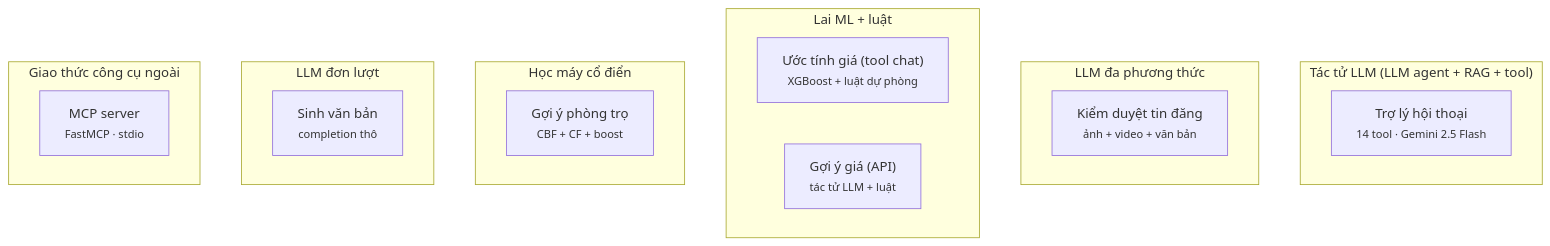
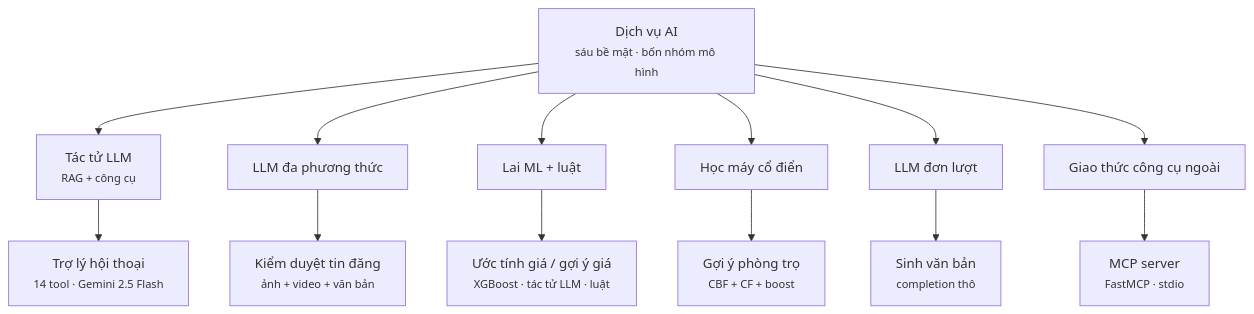
One commit to huynhtranty/smartrent-report changed the diagram in diagrams/ai/src/02-ai-surfaces.mmd. Above: the diagram before and after it, drawn with Mermaid. The commit also changed 21 other files, not shown here.

```diff
--- a/diagrams/ai/src/02-ai-surfaces.mmd
+++ b/diagrams/ai/src/02-ai-surfaces.mmd
@@ -1,20 +1,14 @@
 flowchart TB
- subgraph LLMA["Tác tử LLM (LLM agent + RAG + tool)"]
- Chatbot["Trợ lý hội thoại<br/><small>14 tool · Gemini 2.5 Flash</small>"]
- end
- subgraph MM["LLM đa phương thức"]
- VerifyS["Kiểm duyệt tin đăng<br/><small>ảnh + video + văn bản</small>"]
- end
- subgraph Hybrid["Lai ML + luật"]
- PriceTool["Ước tính giá (tool chat)<br/><small>XGBoost + luật dự phòng</small>"]
- PriceEp["Gợi ý giá (API)<br/><small>tác tử LLM + luật</small>"]
- end
- subgraph CML["Học máy cổ điển"]
- RecoS["Gợi ý phòng trọ<br/><small>CBF + CF + boost</small>"]
- end
- subgraph Single["LLM đơn lượt"]
- ComplS["Sinh văn bản<br/><small>completion thô</small>"]
- end
- subgraph Ext["Giao thức công cụ ngoài"]
- MCPS["MCP server<br/><small>FastMCP · stdio</small>"]
- end
+ Root["Dịch vụ AI<br/><small>sáu bề mặt · bốn nhóm mô hình</small>"]
+ Root --> A["Tác tử LLM<br/><small>RAG + công cụ</small>"]
+ Root --> B["LLM đa phương thức"]
+ Root --> C["Lai ML + luật"]
+ Root --> D["Học máy cổ điển"]
+ Root --> E["LLM đơn lượt"]
+ Root --> F["Giao thức công cụ ngoài"]
+ A --> A1["Trợ lý hội thoại<br/><small>14 tool · Gemini 2.5 Flash</small>"]
+ B --> B1["Kiểm duyệt tin đăng<br/><small>ảnh + video + văn bản</small>"]
+ C --> C1["Ước tính giá / gợi ý giá<br/><small>XGBoost · tác tử LLM · luật</small>"]
+ D --> D1["Gợi ý phòng trọ<br/><small>CBF + CF + boost</small>"]
+ E --> E1["Sinh văn bản<br/><small>completion thô</small>"]
+ F --> F1["MCP server<br/><small>FastMCP · stdio</small>"]
```
